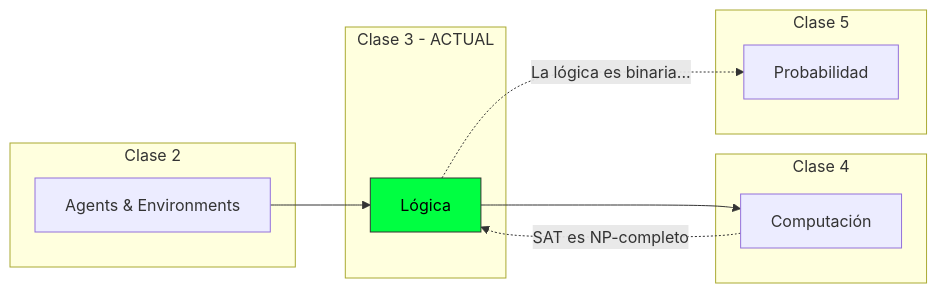
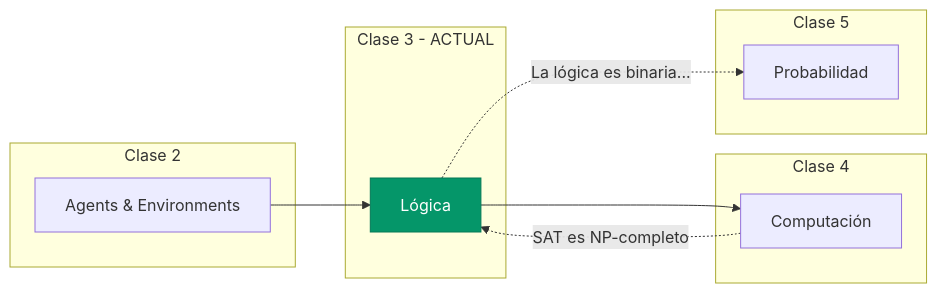
The diagram in clase/03_logica/00_index.md (NuriaGarciaV/ia_p26), drawn with Mermaid before and after one commit. The commit also changed 5 other files, not shown here.

Commit message:
improved mermaid colouring

````diff
--- a/clase/03_logica/00_index.md
+++ b/clase/03_logica/00_index.md
@@ -44,22 +44,22 @@
 ```mermaid
 graph LR
     subgraph "Clase 2"
         A[Agents & Environments]
     end
     subgraph "Clase 3 - ACTUAL"
         B[Lógica]
     end
     subgraph "Clase 4"
         C[Computación]
     end
     subgraph "Clase 5"
         D[Probabilidad]
     end
     
     A --> B
     B --> C
     B -.->|"La lógica es binaria..."| D
     C -.->|"SAT es NP-completo"| B
     
-    style B fill:#00ff41,stroke:#333,color:#000
+    style B fill:#059669,stroke:#047857,color:#fff
 ```
````
